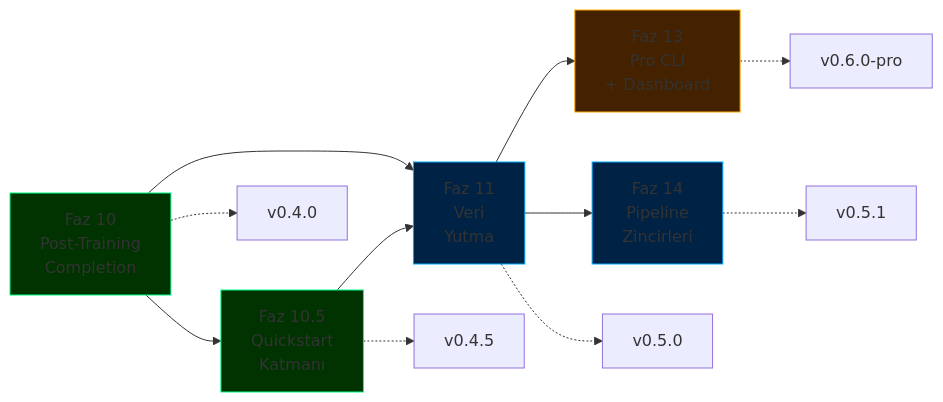
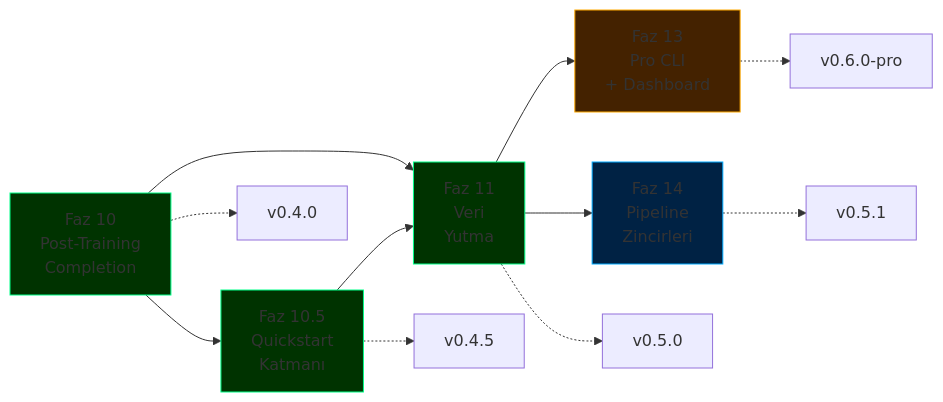
Before and after one commit to cemililik/ForgeLM: the diagram in docs/roadmap-tr.md, drawn with Mermaid. The commit also changed other lines of this file and 21 other files, not shown here.

````diff
--- a/docs/roadmap-tr.md
+++ b/docs/roadmap-tr.md
@@ -26,20 +28,20 @@
 ```mermaid
 graph LR
     P10[Faz 10<br/>Post-Training<br/>Completion] --> P105[Faz 10.5<br/>Quickstart<br/>Katmanı]
     P10 --> P11[Faz 11<br/>Veri<br/>Yutma]
     P105 --> P11
     P11 --> P13[Faz 13<br/>Pro CLI<br/>+ Dashboard]
     P11 --> P14[Faz 14<br/>Pipeline<br/>Zincirleri]
 
     P10 -.-> V1[v0.4.0]
     P105 -.-> V15[v0.4.5]
     P11 -.-> V2[v0.5.0]
     P14 -.-> V25[v0.5.1]
     P13 -.-> V3[v0.6.0-pro]
 
     style P10 fill:#003300,stroke:#00ff88
     style P105 fill:#003300,stroke:#00ff88
-    style P11 fill:#002244,stroke:#00aaff
+    style P11 fill:#003300,stroke:#00ff88
     style P13 fill:#442200,stroke:#ffaa00
     style P14 fill:#002244,stroke:#00aaff
 ```
````
